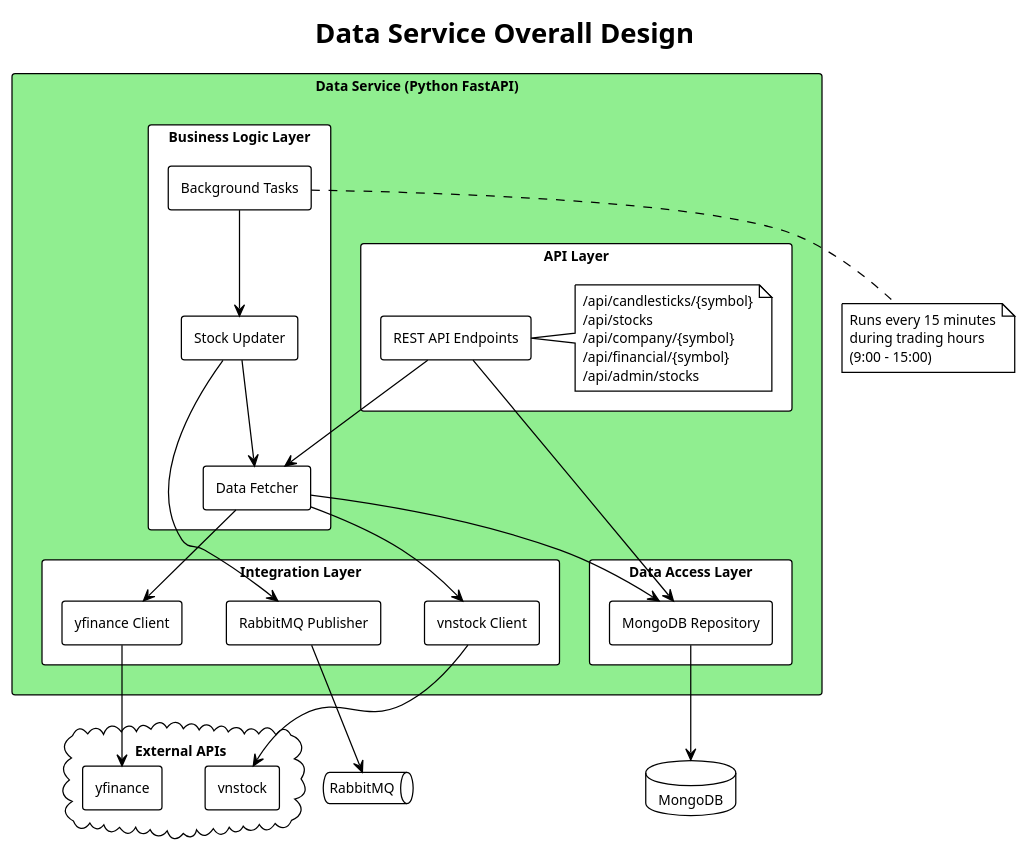
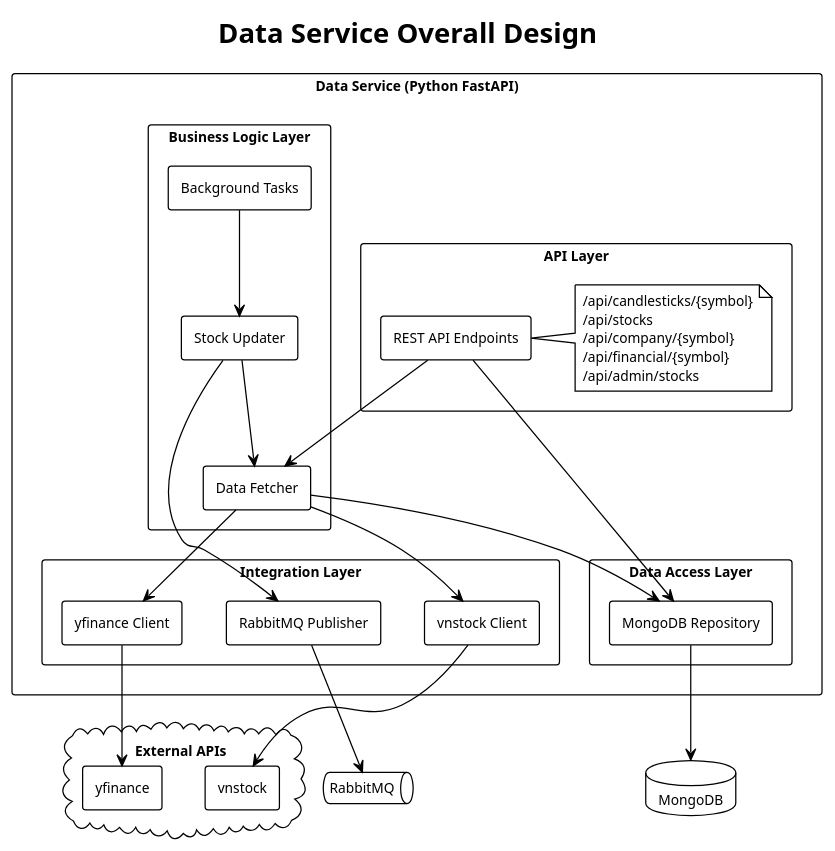
Before and after one commit to enel2906/graduation-thesis-diagram: the diagram in chapter4/data-service-overall.puml, drawn with PlantUML. The commit also changed 3 other files, not shown here.

Commit message:
update diagram chapter4

```diff
--- a/chapter4/data-service-overall.puml
+++ b/chapter4/data-service-overall.puml
@@ -1,74 +1,80 @@
 @startuml data-service-overall
 
 !theme plain
 skinparam backgroundColor #FFFFFF
 skinparam componentStyle rectangle
 skinparam defaultFontName Arial
 skinparam defaultFontSize 11
+skinparam RectangleBackgroundColor #FFFFFF
+skinparam RectangleBorderColor #000000
+skinparam ComponentBackgroundColor #FFFFFF
+skinparam ComponentBorderColor #000000
+skinparam NoteBackgroundColor #FFFFFF
+skinparam NoteBorderColor #000000
+skinparam CloudBackgroundColor #FFFFFF
+skinparam CloudBorderColor #000000
+skinparam DatabaseBackgroundColor #FFFFFF
+skinparam DatabaseBorderColor #000000
+skinparam QueueBackgroundColor #FFFFFF
+skinparam QueueBorderColor #000000
 
 title Data Service Overall Design
 
-rectangle "Data Service (Python FastAPI)" #LightGreen {
+rectangle "Data Service (Python FastAPI)" #FFFFFF {
     
     rectangle "API Layer" {
         [REST API Endpoints] as api
         note right of api
             /api/candlesticks/{symbol}
             /api/stocks
             /api/company/{symbol}
             /api/financial/{symbol}
             /api/admin/stocks
         end note
     }
     
     rectangle "Business Logic Layer" {
         [Data Fetcher] as fetcher
         [Background Tasks] as tasks
         [Stock Updater] as updater
     }
     
     rectangle "Integration Layer" {
         [vnstock Client] as vnstockClient
         [yfinance Client] as yfinanceClient
         [RabbitMQ Publisher] as publisher
     }
     
     rectangle "Data Access Layer" {
         [MongoDB Repository] as repo
     }
 }
 
 cloud "External APIs" {
     [vnstock] as vnstockApi
     [yfinance] as yfinanceApi
 }
 
 database "MongoDB" as mongodb
 
 queue "RabbitMQ" as rabbitmq
 
 ' Connections
 api --> fetcher
 api --> repo
 
 tasks --> updater
 updater --> fetcher
 updater --> publisher
 
 fetcher --> vnstockClient
 fetcher --> yfinanceClient
 fetcher --> repo
 
 vnstockClient --> vnstockApi
 yfinanceClient --> yfinanceApi
 
 repo --> mongodb
 publisher --> rabbitmq
 
-note bottom of tasks
-    Runs every 15 minutes
-    during trading hours
-    (9:00 - 15:00)
-end note
-
 @enduml
```
